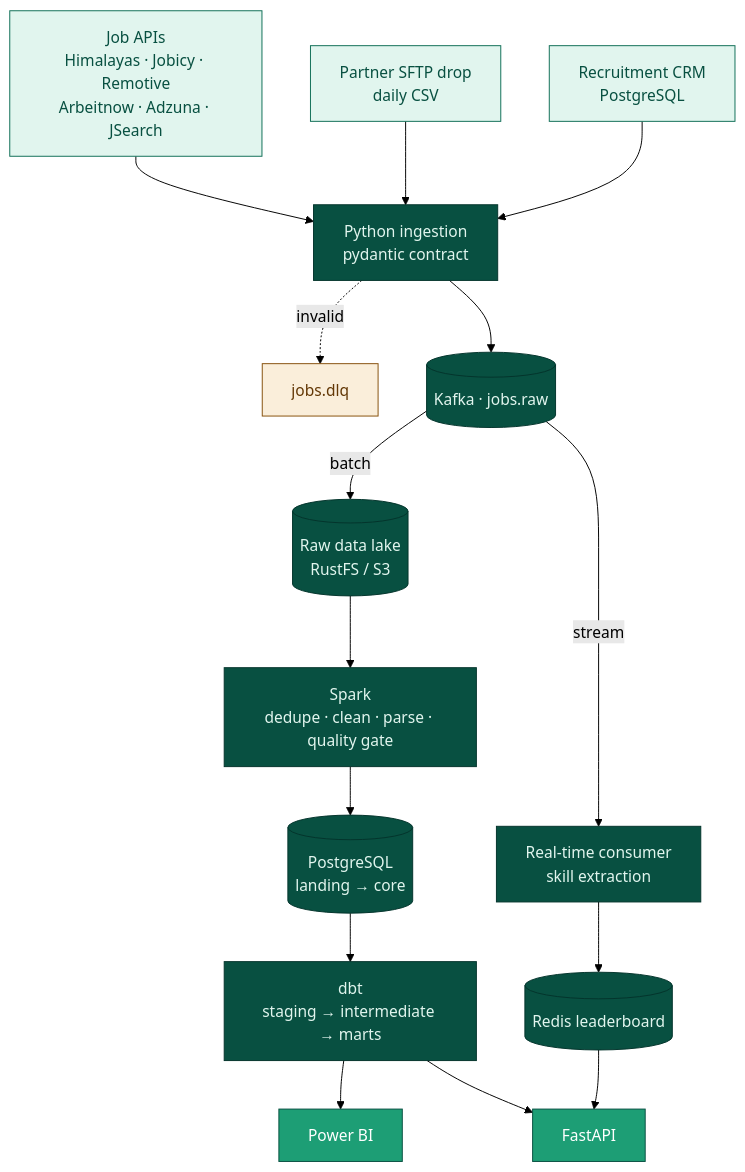
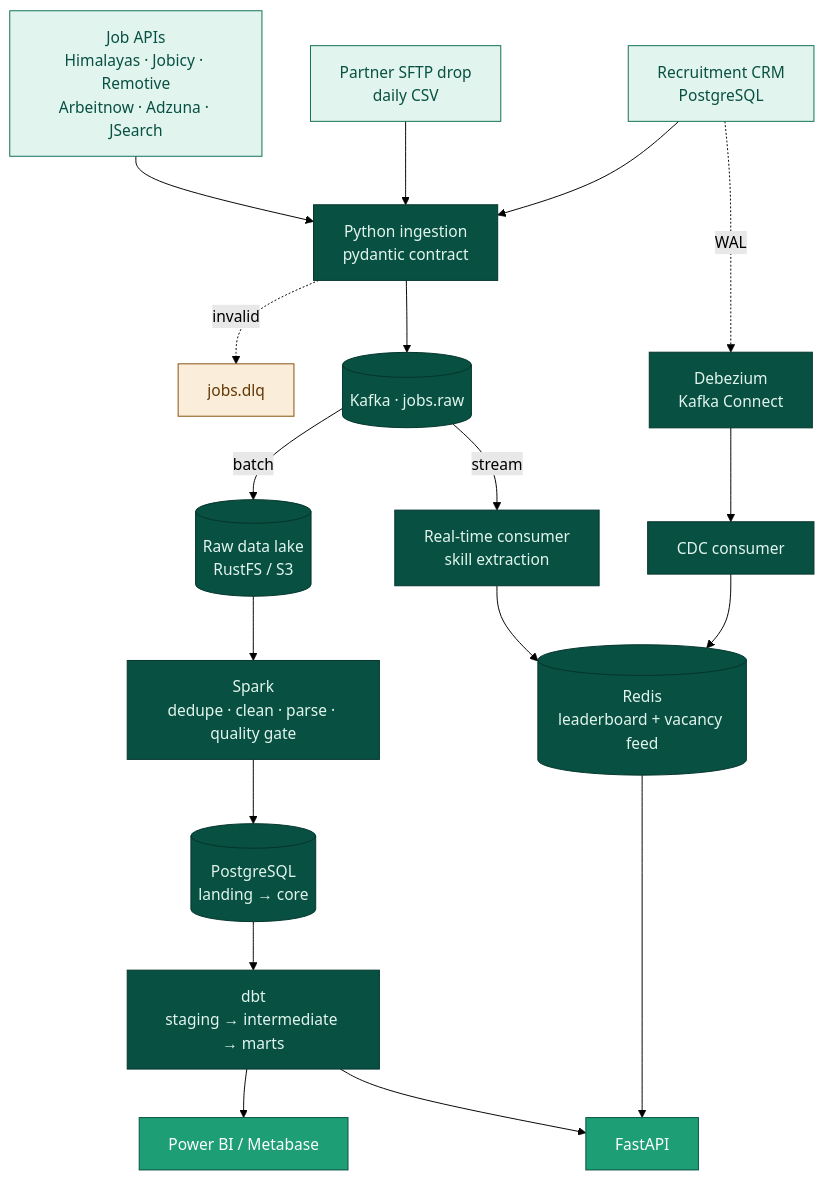
The diagram in README.md (Sbusiso-tech/hiresignal), drawn with Mermaid (forest theme) before and after one commit. The commit also changed other lines of this file and 1 other file, not shown here.

````diff
--- a/README.md
+++ b/README.md
@@ -45,23 +72,26 @@
 ```mermaid
 flowchart TD
     A[Job APIs<br/>Himalayas · Jobicy · Remotive<br/>Arbeitnow · Adzuna · JSearch]:::src
     B[Partner SFTP drop<br/>daily CSV]:::src
     C[Recruitment CRM<br/>PostgreSQL]:::src
     A & B & C --> D[Python ingestion<br/>pydantic contract]:::core
     D -. invalid .-> DLQ[jobs.dlq]:::warn
     D --> K[(Kafka · jobs.raw)]:::core
+    C -. WAL .-> DZ[Debezium<br/>Kafka Connect]:::core
+    DZ --> CDC[CDC consumer]:::core
     K -->|batch| L[(Raw data lake<br/>RustFS / S3)]:::core
     K -->|stream| R[Real-time consumer<br/>skill extraction]:::core
     L --> S[Spark<br/>dedupe · clean · parse · quality gate]:::core
     S --> P[(PostgreSQL<br/>landing → core)]:::core
     P --> T[dbt<br/>staging → intermediate → marts]:::core
-    R --> X[(Redis leaderboard)]:::core
-    T --> BI[Power BI]:::out
+    R --> X[(Redis<br/>leaderboard + vacancy feed)]:::core
+    CDC --> X
+    T --> BI[Power BI / Metabase]:::out
     T --> API[FastAPI]:::out
     X --> API
 
     classDef src fill:#E1F5EE,stroke:#0F6E56,color:#085041
     classDef core fill:#085041,stroke:#04342C,color:#E1F5EE
     classDef out fill:#1D9E75,stroke:#085041,color:#ffffff
     classDef warn fill:#FAEEDA,stroke:#854F0B,color:#633806
 ```
````
